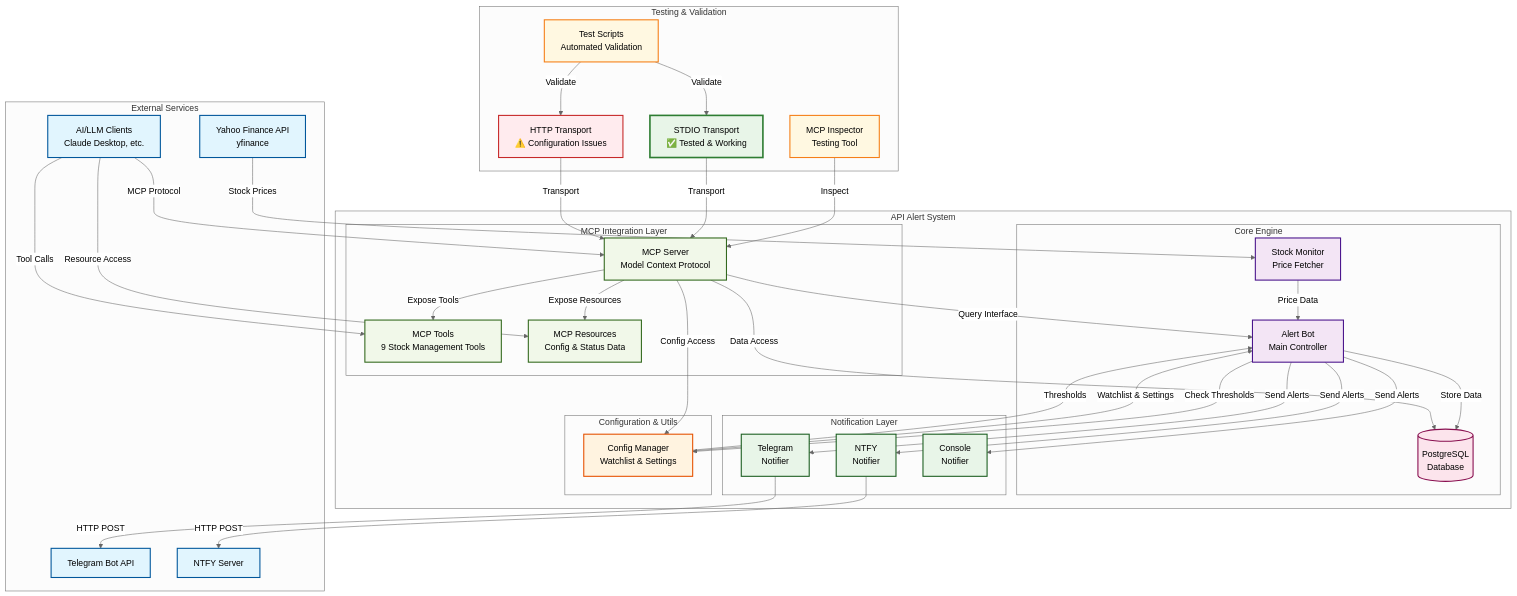
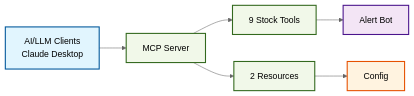
The second of 3 diagrams in README.md (wuchris-ch/Finance-API-Alert-System), drawn with Mermaid (neutral theme) before and after one commit. The commit also changed other lines of this file, not shown here.

Commit message:
📊 Simplify system architecture diagrams for better readability
- Split complex diagram into 3 focused, readable diagrams:
  1. Core System Flow - main data pipeline
  2. MCP Integration - AI/LLM client interaction
  3. MCP Testing Status - validation results
- Use horizontal layout for better visibility
- Larger, clearer component labels
- Maintain color coding for component types
- Focus on key relationships and data flows

````diff
--- a/README.md
+++ b/README.md
@@ -47,98 +69,18 @@
 ```mermaid
-graph TB
-    %% External APIs and Services
-    subgraph "External Services"
-        YF[Yahoo Finance API<br/>yfinance]
-        TG[Telegram Bot API]
-        NT[NTFY Server]
-        AI[AI/LLM Clients<br/>Claude Desktop, etc.]
-    end
+graph LR
+    AI[AI/LLM Clients<br/>Claude Desktop] --> MCP[MCP Server]
+    MCP --> TOOLS[9 Stock Tools]
+    MCP --> RES[2 Resources]
+    TOOLS --> AB[Alert Bot]
+    RES --> CFG[Config]
     
-    %% Core Application Components
-    subgraph "API Alert System"
-        subgraph "Core Engine"
-            AB[Alert Bot<br/>Main Controller]
-            SM[Stock Monitor<br/>Price Fetcher]
-            DB[(PostgreSQL<br/>Database)]
-        end
-        
-        subgraph "Notification Layer"
-            TG_N[Telegram<br/>Notifier]
-            NT_N[NTFY<br/>Notifier]
-            CN_N[Console<br/>Notifier]
-        end
-        
-        subgraph "Configuration & Utils"
-            CFG[Config Manager<br/>Watchlist & Settings]
-        end
-        
-        subgraph "MCP Integration Layer"
-            MCP[MCP Server<br/>Model Context Protocol]
-            TOOLS[MCP Tools<br/>9 Stock Management Tools]
-            RES[MCP Resources<br/>Config & Status Data]
-        end
-    end
+    classDef ai fill:#e1f5fe,stroke:#01579b,stroke-width:2px
+    classDef mcp fill:#f1f8e9,stroke:#33691e,stroke-width:2px
+    classDef core fill:#f3e5f5,stroke:#4a148c,stroke-width:2px
+    classDef config fill:#fff3e0,stroke:#e65100,stroke-width:2px
     
-    %% MCP Testing Infrastructure
-    subgraph "Testing & Validation"
-        STDIO[STDIO Transport<br/>✅ Tested & Working]
-        HTTP[HTTP Transport<br/>⚠️ Configuration Issues]
-        INSPECTOR[MCP Inspector<br/>Testing Tool]
-        TEST[Test Scripts<br/>Automated Validation]
-    end
-    
-    %% Data Flow - Core System
-    YF -->|Stock Prices| SM
-    SM -->|Price Data| AB
-    AB -->|Store Data| DB
-    AB -->|Check Thresholds| CFG
-    AB -->|Send Alerts| TG_N
-    AB -->|Send Alerts| NT_N
-    AB -->|Send Alerts| CN_N
-    TG_N -->|HTTP POST| TG
-    NT_N -->|HTTP POST| NT
-    
-    %% Configuration Flow
-    CFG -->|Watchlist & Settings| AB
-    CFG -->|Thresholds| AB
-    
-    %% MCP Integration Flow
-    MCP -->|Query Interface| AB
-    MCP -->|Data Access| DB
-    MCP -->|Config Access| CFG
-    MCP -->|Expose Tools| TOOLS
-    MCP -->|Expose Resources| RES
-    
-    %% External MCP Access
-    AI -->|MCP Protocol| MCP
-    AI -->|Tool Calls| TOOLS
-    AI -->|Resource Access| RES
-    
-    %% Testing Flow
-    TEST -->|Validate| STDIO
-    TEST -->|Validate| HTTP
-    INSPECTOR -->|Inspect| MCP
-    STDIO -->|Transport| MCP
-    HTTP -->|Transport| MCP
-    
-    %% Styling
-    classDef external fill:#e1f5fe,stroke:#01579b,stroke-width:2px
-    classDef core fill:#f3e5f5,stroke:#4a148c,stroke-width:2px
-    classDef notification fill:#e8f5e8,stroke:#1b5e20,stroke-width:2px
-    classDef config fill:#fff3e0,stroke:#e65100,stroke-width:2px
-    classDef database fill:#fce4ec,stroke:#880e4f,stroke-width:2px
-    classDef mcp fill:#f1f8e9,stroke:#33691e,stroke-width:2px
-    classDef testing fill:#fff8e1,stroke:#f57f17,stroke-width:2px
-    classDef working fill:#e8f5e8,stroke:#2e7d32,stroke-width:3px
-    classDef issues fill:#ffebee,stroke:#c62828,stroke-width:2px
-    
-    class YF,TG,NT,AI external
-    class AB,SM core
-    class TG_N,NT_N,CN_N notification
+    class AI ai
+    class MCP,TOOLS,RES mcp
+    class AB core
     class CFG config
-    class DB database
-    class MCP,TOOLS,RES mcp
-    class INSPECTOR,TEST testing
-    class STDIO working
-    class HTTP issues
 ```
````
